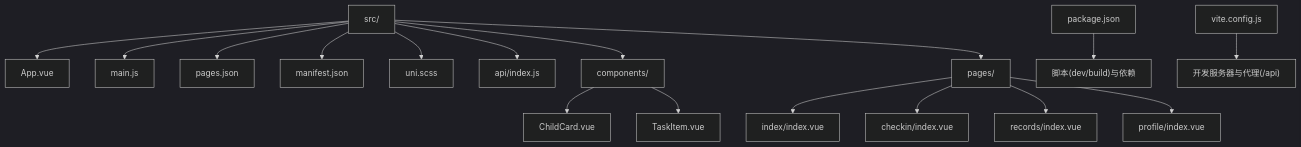
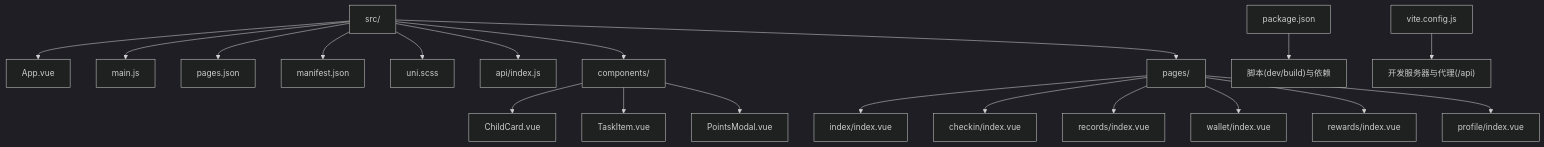
The first of 7 diagrams in .qoder/repowiki/zh/content/前端应用架构/小程序端/小程序端.md (dawny123123/StarParadise), drawn with Mermaid (dark theme) before and after one commit. The commit also changed other lines of this file and 229 other files, not shown here.

````diff
--- a/.qoder/repowiki/zh/content/前端应用架构/小程序端/小程序端.md
+++ b/.qoder/repowiki/zh/content/前端应用架构/小程序端/小程序端.md
@@ -46,19 +58,22 @@
 ```mermaid
 graph TB
 A["src/"] --> B["App.vue"]
 A --> C["main.js"]
 A --> D["pages.json"]
 A --> E["manifest.json"]
 A --> F["uni.scss"]
 A --> G["api/index.js"]
 A --> H["components/"]
 H --> H1["ChildCard.vue"]
 H --> H2["TaskItem.vue"]
+H --> H3["PointsModal.vue"]
 A --> I["pages/"]
 I --> I1["index/index.vue"]
 I --> I2["checkin/index.vue"]
 I --> I3["records/index.vue"]
-I --> I4["profile/index.vue"]
+I --> I4["wallet/index.vue"]
+I --> I5["rewards/index.vue"]
+I --> I6["profile/index.vue"]
 J["package.json"] --> K["脚本(dev/build)与依赖"]
 L["vite.config.js"] --> M["开发服务器与代理(/api)"]
 ```
````
